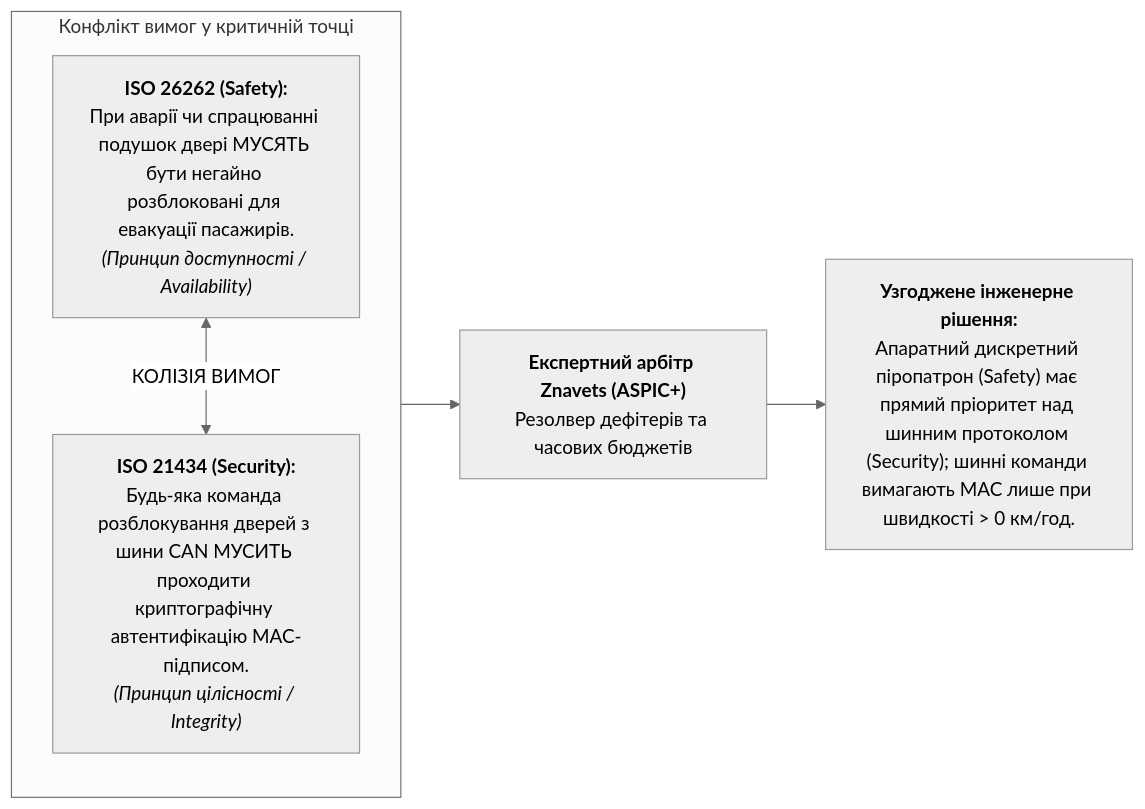
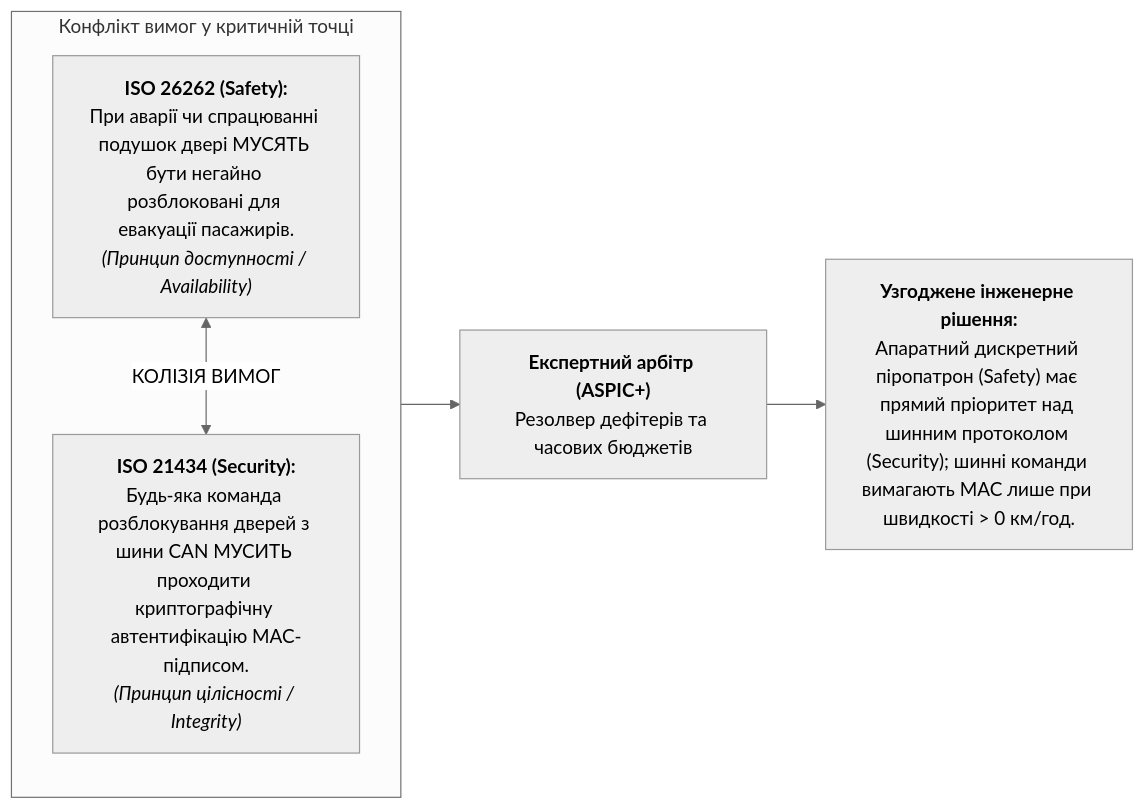
The second of 3 diagrams in ExpertSystem/ch39-active-compliance-auditor-and-popperian-testing.md (nick-fedchik/articles), drawn with Mermaid (neutral theme) before and after one commit. The commit also changed other lines of this file and 32 other files, not shown here.

Commit message:
fix(epistemic): eliminate Znavets brand references from Pro et Contra and architectures across all chapters (UA, EN, DE)

````diff
--- a/ExpertSystem/ch39-active-compliance-auditor-and-popperian-testing.md
+++ b/ExpertSystem/ch39-active-compliance-auditor-and-popperian-testing.md
@@ -318,16 +318,16 @@
 ```mermaid
 flowchart LR
     accTitle: Колізія вимог функціональної безпеки та кібербезпеки
     accDescr: Демонстрація суперечності між негайним розблокуванням дверей за ISO 26262 та криптографічною автентифікацією за ISO 21434, яку розв'язує арбітр ASPIC+.
 
     subgraph CONFLICT["Конфлікт вимог у критичній точці"]
         direction TB
         REQ_SAFE["<b>ISO 26262 (Safety):</b><br/>При аварії чи спрацюванні подушок двері МУСЯТЬ бути негайно розблоковані для евакуації пасажирів.<br/><i>(Принцип доступності / Availability)</i>"]
         REQ_SEC["<b>ISO 21434 (Security):</b><br/>Будь-яка команда розблокування дверей з шини CAN МУСИТЬ проходити криптографічну автентифікацію MAC-підписом.<br/><i>(Принцип цілісності / Integrity)</i>"]
     end
 
     REQ_SAFE <-->|КОЛІЗІЯ ВИМОГ| REQ_SEC
 
-    CONFLICT --> ARBITER["<b>Експертний арбітр Znavets (ASPIC+)</b><br/>Резолвер дефітерів та часових бюджетів"]
+    CONFLICT --> ARBITER["<b>Експертний арбітр (ASPIC+)</b><br/>Резолвер дефітерів та часових бюджетів"]
     ARBITER --> RESOLUTION["<b>Узгоджене інженерне рішення:</b><br/>Апаратний дискретний піропатрон (Safety) має прямий пріоритет над шинним протоколом (Security); шинні команди вимагають MAC лише при швидкості > 0 км/год."]
 ```
````
